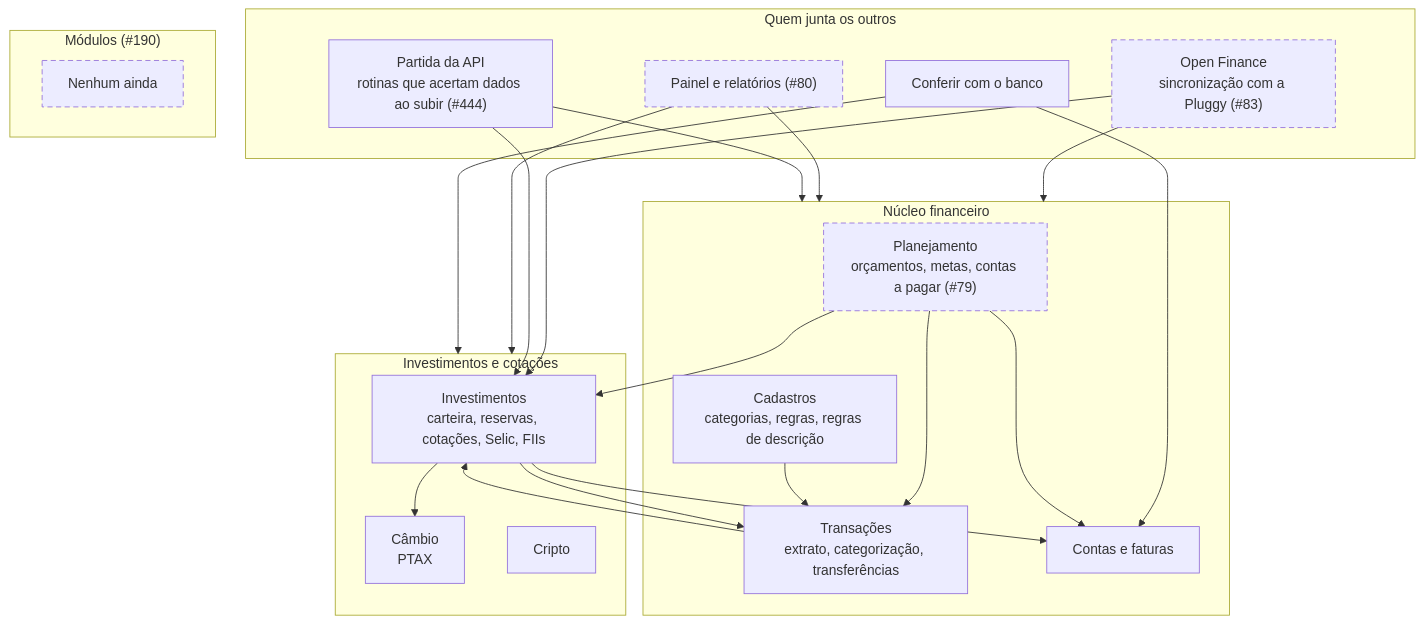
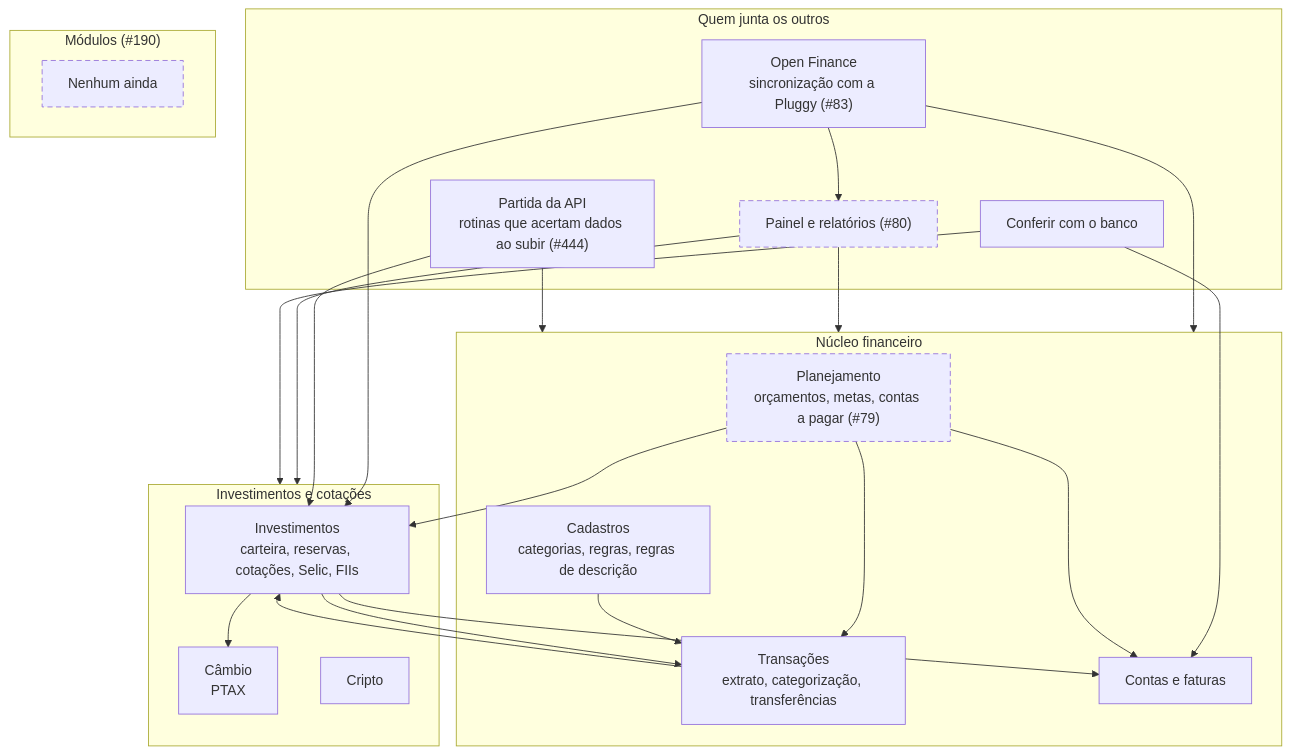
The third of 6 diagrams in docs/ARQUITETURA.md (LucasDesenvGit/financas-local), drawn with Mermaid before and after one commit. The commit also changed other lines of this file and 13 other files, not shown here.

````diff
--- a/docs/ARQUITETURA.md
+++ b/docs/ARQUITETURA.md
@@ -86,46 +86,47 @@
 ```mermaid
 flowchart TB
     subgraph juntam["Quem junta os outros"]
         openfinance["Open Finance<br/>sincronização com a Pluggy (#83)"]
         painel["Painel e relatórios (#80)"]
         conferencia["Conferir com o banco"]
         partida["Partida da API<br/>rotinas que acertam dados ao subir (#444)"]
     end
 
     subgraph nucleo["Núcleo financeiro"]
         planejamento["Planejamento<br/>orçamentos, metas, contas a pagar (#79)"]
         cadastros["Cadastros<br/>categorias, regras, regras de descrição"]
         transacoes["Transações<br/>extrato, categorização, transferências"]
         contas["Contas e faturas"]
     end
 
     subgraph cotacoes["Investimentos e cotações"]
         investimentos["Investimentos<br/>carteira, reservas, cotações, Selic, FIIs"]
         cambio["Câmbio<br/>PTAX"]
         cripto["Cripto"]
     end
 
     subgraph modulos["Módulos (#190)"]
         nenhum["Nenhum ainda"]
     end
 
     openfinance --> nucleo
     openfinance --> investimentos
+    openfinance --> painel
     painel --> nucleo
     painel --> cotacoes
     conferencia --> contas
     conferencia --> cotacoes
     partida --> nucleo
     partida --> investimentos
     planejamento --> transacoes
     planejamento --> contas
     planejamento --> investimentos
     cadastros --> transacoes
     transacoes --> investimentos
     investimentos --> transacoes
     investimentos --> contas
     investimentos --> cambio
 
     classDef soNoDotNet stroke-dasharray: 6 4
-    class openfinance,painel,planejamento,nenhum soNoDotNet
+    class painel,planejamento,nenhum soNoDotNet
 ```
````
